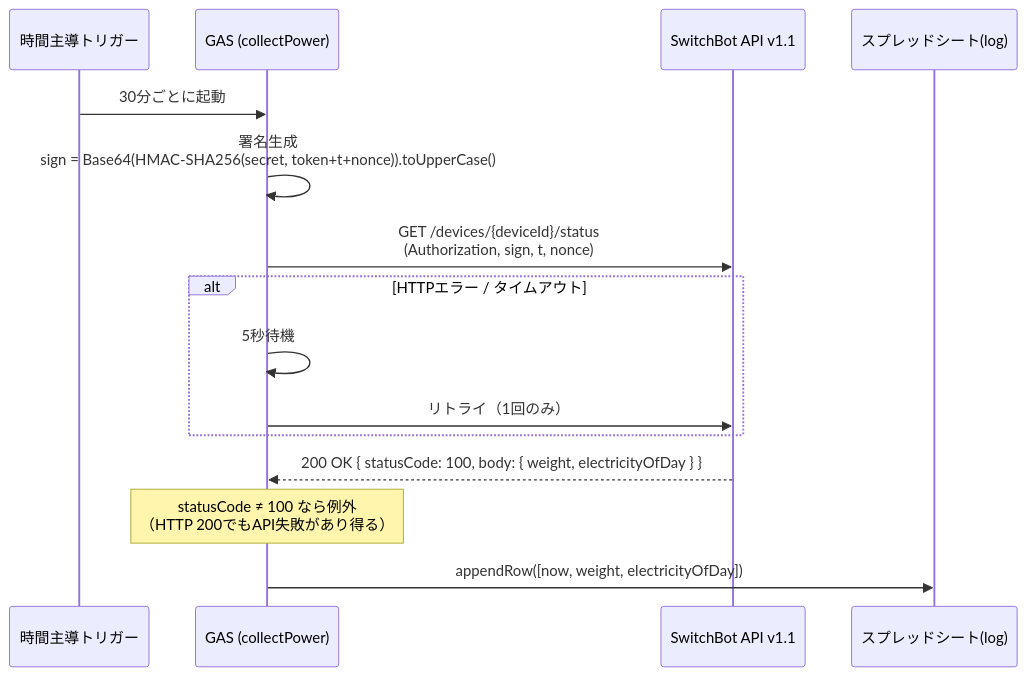
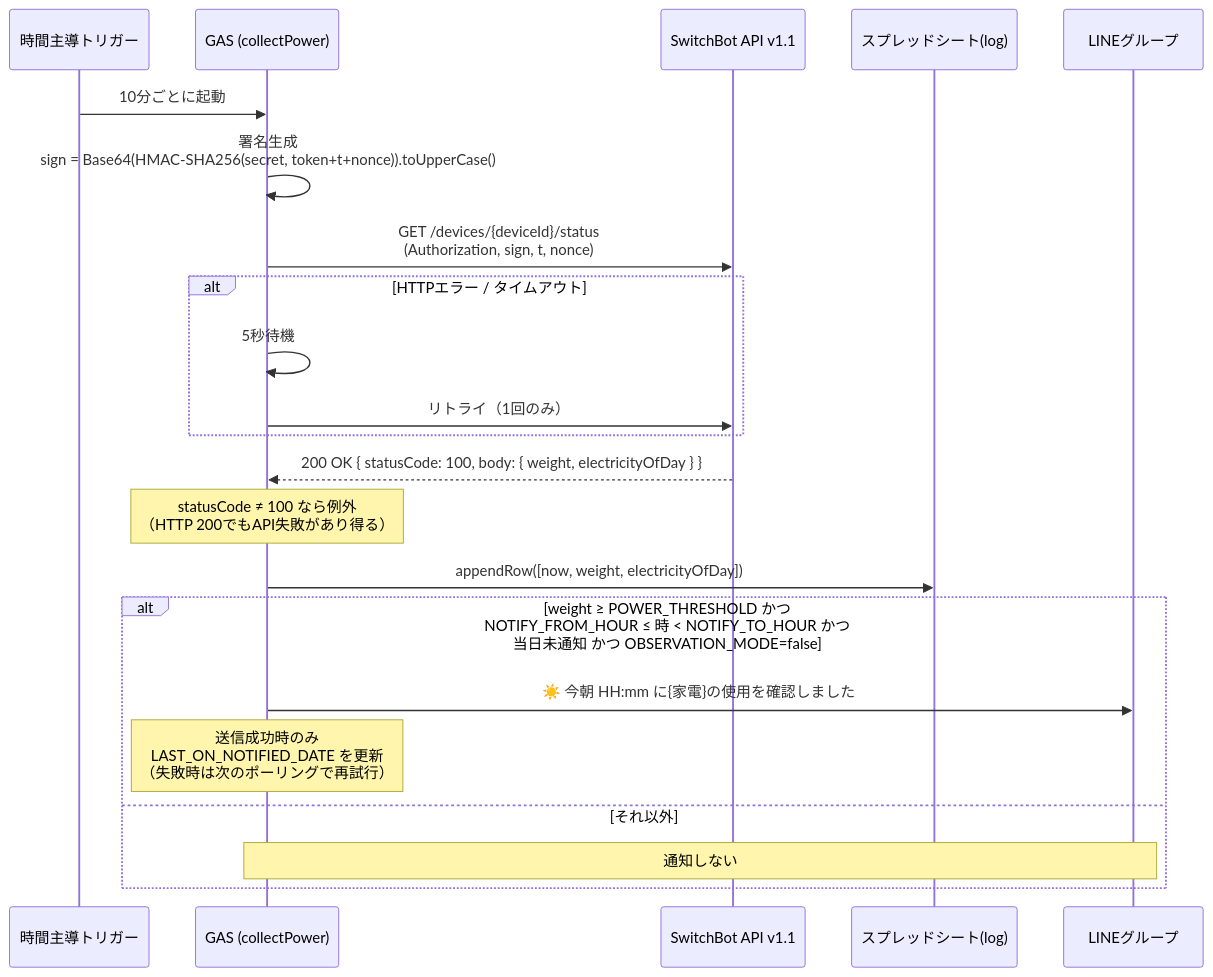
The second of 4 diagrams in docs/architecture.md (yomogi-cat/hamuiru), drawn with Mermaid before and after one commit. The commit also changed other lines of this file and 4 other files, not shown here.

````diff
--- a/docs/architecture.md
+++ b/docs/architecture.md
@@ -40,18 +53,26 @@
 ```mermaid
 sequenceDiagram
     participant T as 時間主導トリガー
     participant G as GAS (collectPower)
     participant S as SwitchBot API v1.1
     participant L as スプレッドシート(log)
+    participant N as LINEグループ
 
-    T->>G: 30分ごとに起動
+    T->>G: 10分ごとに起動
     G->>G: 署名生成<br>sign = Base64(HMAC-SHA256(secret, token+t+nonce)).toUpperCase()
     G->>S: GET /devices/{deviceId}/status<br>(Authorization, sign, t, nonce)
     alt HTTPエラー / タイムアウト
         G->>G: 5秒待機
         G->>S: リトライ（1回のみ）
     end
     S-->>G: 200 OK { statusCode: 100, body: { weight, electricityOfDay } }
     Note over G: statusCode ≠ 100 なら例外<br>（HTTP 200でもAPI失敗があり得る）
     G->>L: appendRow([now, weight, electricityOfDay])
+
+    alt weight ≥ POWER_THRESHOLD かつ<br>NOTIFY_FROM_HOUR ≤ 時 < NOTIFY_TO_HOUR かつ<br>当日未通知 かつ OBSERVATION_MODE=false
+        G->>N: ☀️ 今朝 HH:mm に{家電}の使用を確認しました
+        Note over G: 送信成功時のみ<br>LAST_ON_NOTIFIED_DATE を更新<br>（失敗時は次のポーリングで再試行）
+    else それ以外
+        Note over G,N: 通知しない
+    end
 ```
````
